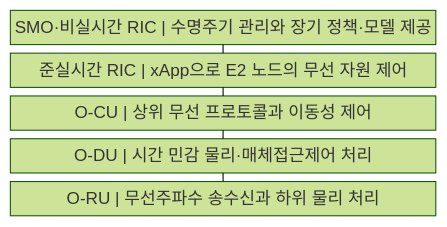
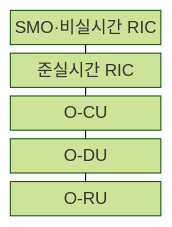
The first of 2 diagrams in src/content/docs/notes/04-network/045_open_ran.md (agnusdei1207/knowledge-base), drawn with Mermaid (forest theme) before and after one commit. The commit also changed 122 other files, not shown here.

````diff
--- a/src/content/docs/notes/04-network/045_open_ran.md
+++ b/src/content/docs/notes/04-network/045_open_ran.md
@@ -58,13 +58,13 @@
 ```mermaid
-block
+block-beta
     columns 1
-    A["SMO·비실시간 RIC | 수명주기 관리와 장기 정책·모델 제공"]
-    B["준실시간 RIC | xApp으로 E2 노드의 무선 자원 제어"]
-    C["O-CU | 상위 무선 프로토콜과 이동성 제어"]
-    D["O-DU | 시간 민감 물리·매체접근제어 처리"]
-    E["O-RU | 무선주파수 송수신과 하위 물리 처리"]
+    A["SMO·비실시간 RIC"]
+    B["준실시간 RIC"]
+    C["O-CU"]
+    D["O-DU"]
+    E["O-RU"]
     A --- B
     B --- C
     C --- D
     D --- E
 ```
````
